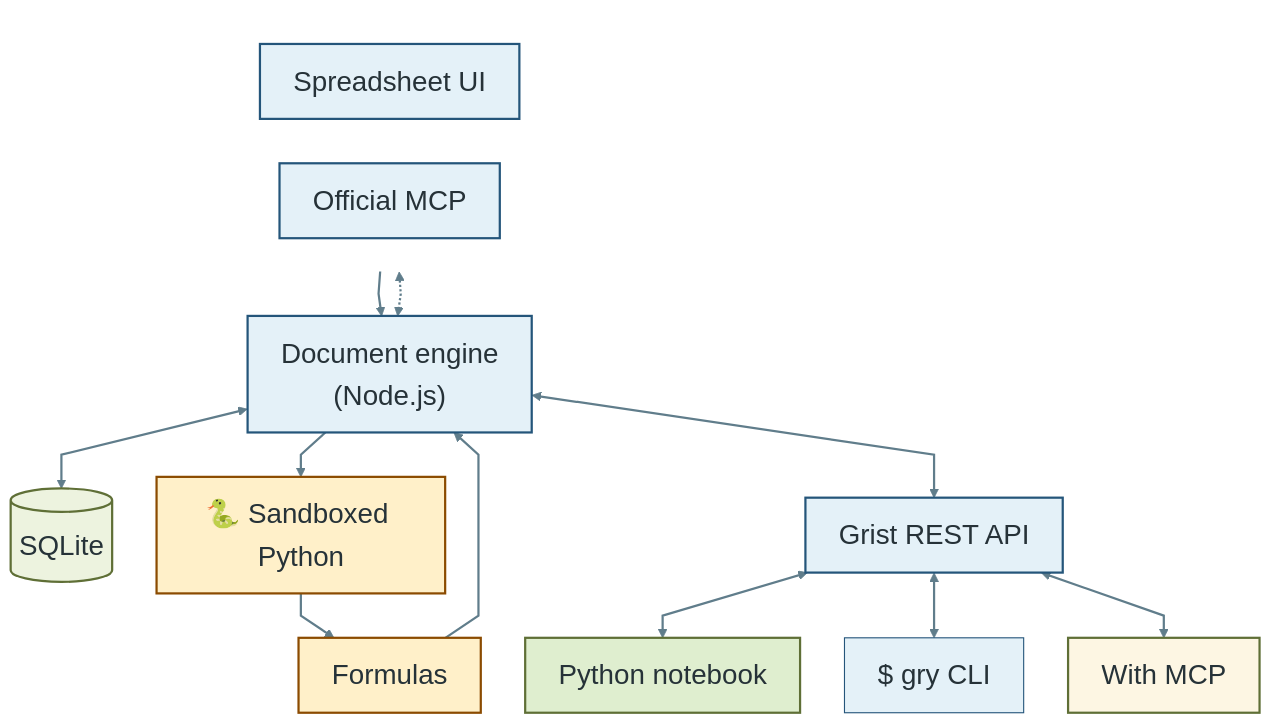
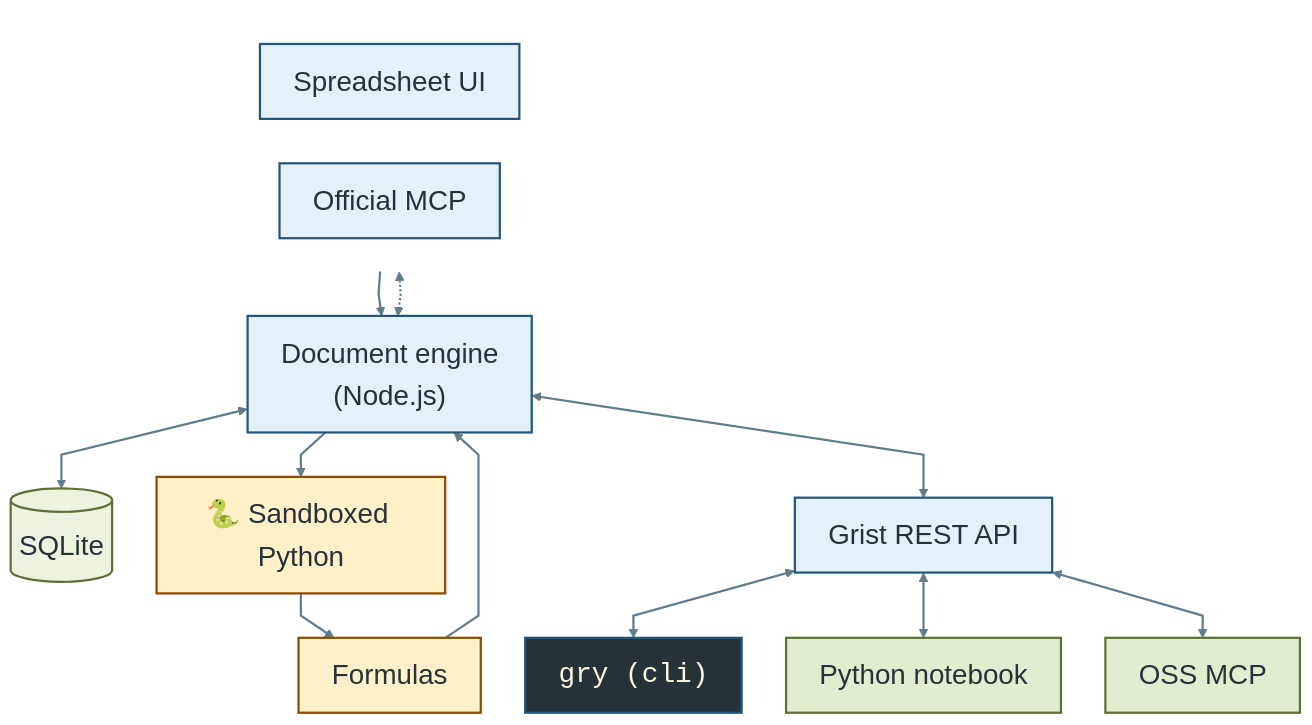
Before and after one commit to D3f0/py-spreadsheets-2026: the diagram in slides.qmd, drawn with Mermaid. The commit also changed other lines of this file, not shown here.

Commit message:
Update slide with architecture

````diff
--- a/slides.qmd
+++ b/slides.qmd
@@ -150,49 +148,49 @@
 ```{mermaid}
 %%{init: {
   "theme": "base",
   "flowchart": {"curve": "linear", "htmlLabels": true, "nodeSpacing": 40, "rankSpacing": 40, "diagramPadding": 6},
   "themeVariables": {
     "background": "#fdf6e3",
     "primaryColor": "#e4f1f8",
     "primaryTextColor": "#263238",
     "primaryBorderColor": "#24557a",
     "lineColor": "#607d8b",
     "clusterBkg": "#f8f1df",
     "clusterBorder": "#9aadaf",
     "fontFamily": "system-ui, sans-serif",
     "fontSize": "25px"
   }
 }}%%
 flowchart TB
     subgraph TopRow[" "]
         direction LR
         UI["Spreadsheet UI"]
         OfficialMCP["Official MCP"]
     end
 
     UI --> Engine["Document engine<br/>(Node.js)"]
     OfficialMCP <-.-> Engine
     Engine <--> DB[("SQLite")]
     Engine --> Sandbox["🐍 Sandboxed Python"] --> Formulas["Formulas"]
     Formulas --> Engine
     Engine <--> API["Grist REST API"]
 
+    API <--> CLI["gry (cli)"]
     API <--> Notebook["Python notebook"]
-    API <--> CLI["$ gry CLI"]
-    API <--> MCP["With MCP"]
+    API <--> MCP["OSS MCP"]
 
     classDef ui fill:#e4f1f8,stroke:#24557a,color:#263238,stroke-width:2px,font-size:25px;
     classDef python fill:#fff0c9,stroke:#8b4b00,color:#263238,stroke-width:2px,font-size:25px;
     classDef data fill:#edf3df,stroke:#5f6f36,color:#263238,stroke-width:2px,font-size:25px;
     classDef client fill:#dfeecf,stroke:#5f6f36,color:#263238,stroke-width:2px,font-size:25px;
     classDef terminal fill:#263238,stroke:#24557a,color:#fdf6e3,stroke-width:2px,font-family:monospace,font-size:25px;
     classDef mcp fill:#fdf6e3,stroke:#5f6f36,color:#263238,stroke-width:2px, font-size:25px;
     class UI,Engine,API,OfficialMCP ui;
     class Sandbox,Formulas python;
     class Notebook client;
-    class Gry terminal;
+    class CLI terminal;
     class DB data;
-    class MCP mcp;
+    class MCP client;
     style TopRow fill:none,stroke:none;
     linkStyle default stroke:#607d8b,stroke-width:2px;
 ```
````
